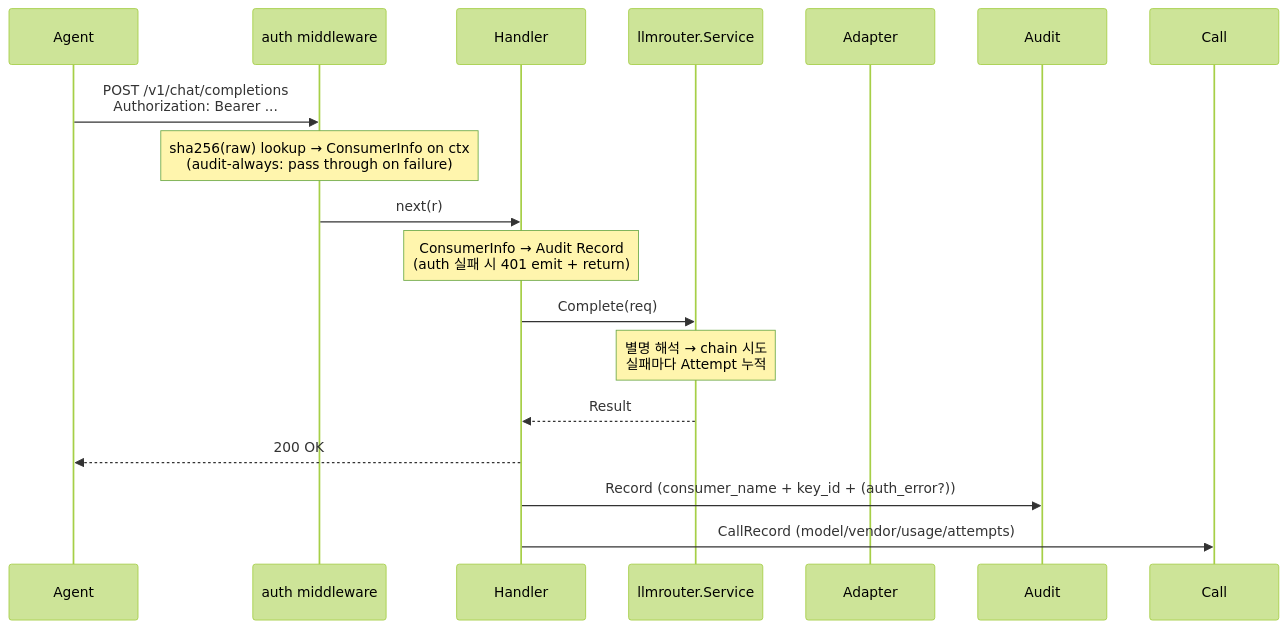
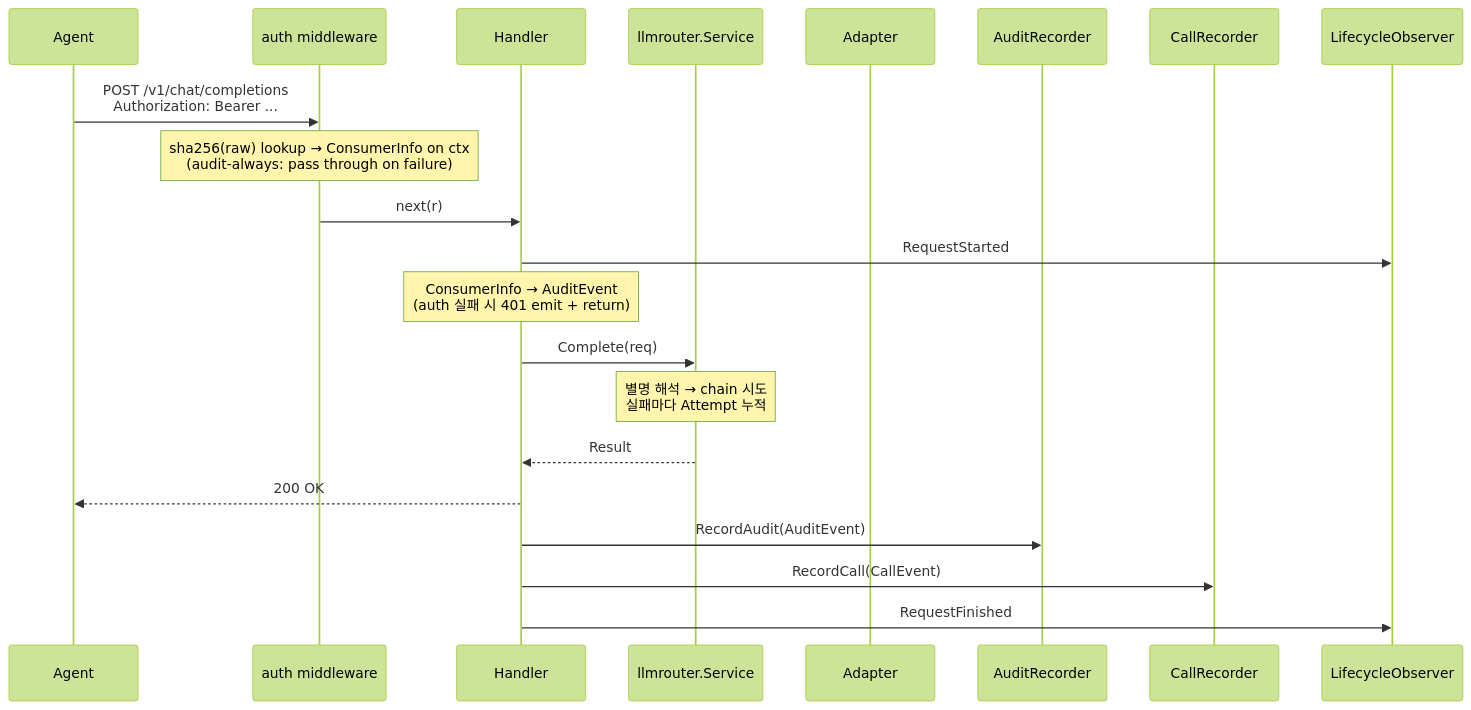
The diagram in docs/request.md (cagojeiger/llmgate), drawn with Mermaid (forest theme) before and after one commit. The commit also changed other lines of this file and 4 other files, not shown here.

````diff
--- a/docs/request.md
+++ b/docs/request.md
@@ -9,21 +9,24 @@
 ```mermaid
 sequenceDiagram
     participant A as Agent
     participant M as auth middleware
     participant H as Handler
     participant S as llmrouter.Service
     participant P as Adapter
-    participant Au as Audit
-    participant Ca as Call
+    participant Au as AuditRecorder
+    participant Ca as CallRecorder
+    participant L as LifecycleObserver
 
     A->>M: POST /v1/chat/completions<br/>Authorization: Bearer ...
     Note over M: sha256(raw) lookup → ConsumerInfo on ctx<br/>(audit-always: pass through on failure)
     M->>H: next(r)
-    Note over H: ConsumerInfo → Audit Record<br/>(auth 실패 시 401 emit + return)
+    H->>L: RequestStarted
+    Note over H: ConsumerInfo → AuditEvent<br/>(auth 실패 시 401 emit + return)
     H->>S: Complete(req)
     Note over S: 별명 해석 → chain 시도<br/>실패마다 Attempt 누적
     S-->>H: Result
     H-->>A: 200 OK
-    H->>Au: Record (consumer_name + key_id + (auth_error?))
-    H->>Ca: CallRecord (model/vendor/usage/attempts)
+    H->>Au: RecordAudit(AuditEvent)
+    H->>Ca: RecordCall(CallEvent)
+    H->>L: RequestFinished
 ```
````
